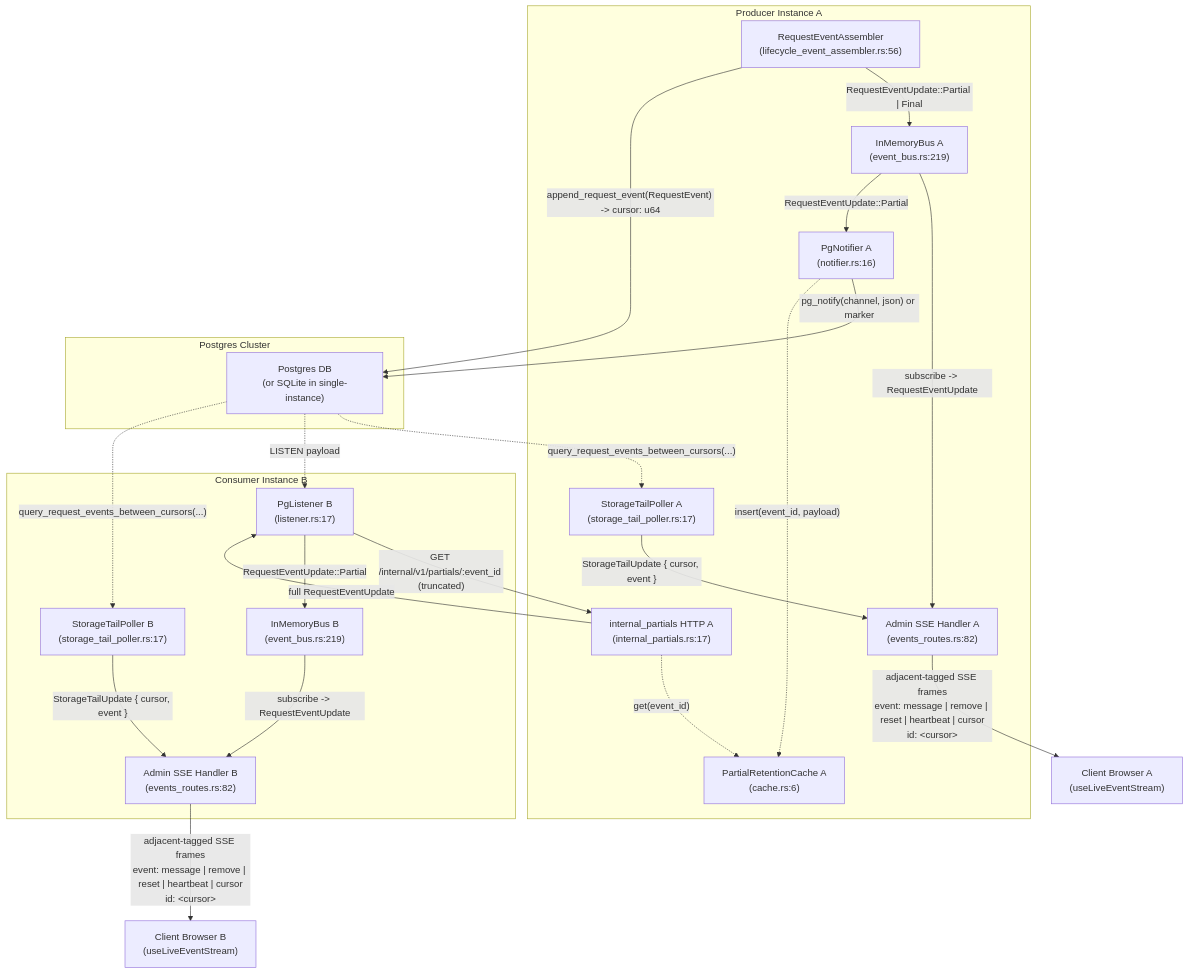
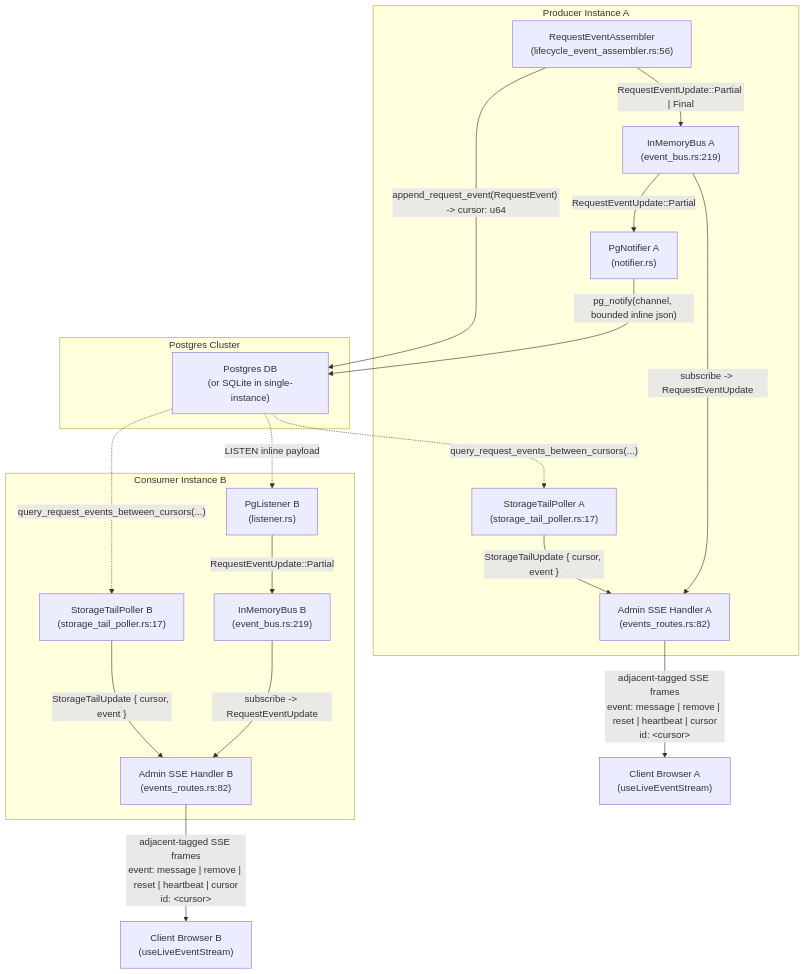
Before and after one commit to isac322/cc-lb: the first of 2 diagrams in docs/architecture-live-tail.md, drawn with Mermaid. The commit also changed other lines of this file and 300 other files, not shown here.

````diff
--- a/docs/architecture-live-tail.md
+++ b/docs/architecture-live-tail.md
@@ -9,52 +9,46 @@
 ```mermaid
 graph TB
     subgraph ProducerInstanceA["Producer Instance A"]
         AssemblerA["RequestEventAssembler<br/>(lifecycle_event_assembler.rs:56)"]
         BusA["InMemoryBus A<br/>(event_bus.rs:219)"]
         SSEHandlerA["Admin SSE Handler A<br/>(events_routes.rs:82)"]
         PollerA["StorageTailPoller A<br/>(storage_tail_poller.rs:17)"]
-        NotifierA["PgNotifier A<br/>(notifier.rs:16)"]
-        CacheA["PartialRetentionCache A<br/>(cache.rs:6)"]
-        InternalAPI_A["internal_partials HTTP A<br/>(internal_partials.rs:17)"]
+        NotifierA["PgNotifier A<br/>(notifier.rs)"]
     end
 
     subgraph DB["Postgres Cluster"]
         Postgres["Postgres DB<br/>(or SQLite in single-instance)"]
     end
 
     subgraph ConsumerInstanceB["Consumer Instance B"]
         BusB["InMemoryBus B<br/>(event_bus.rs:219)"]
         SSEHandlerB["Admin SSE Handler B<br/>(events_routes.rs:82)"]
         PollerB["StorageTailPoller B<br/>(storage_tail_poller.rs:17)"]
-        ListenerB["PgListener B<br/>(listener.rs:17)"]
+        ListenerB["PgListener B<br/>(listener.rs)"]
     end
 
     ClientA["Client Browser A<br/>(useLiveEventStream)"]
     ClientB["Client Browser B<br/>(useLiveEventStream)"]
 
     %% Producer Instance A Flows
     AssemblerA -->|"RequestEventUpdate::Partial | Final"| BusA
     AssemblerA -->|"append_request_event(RequestEvent) -> cursor: u64"| Postgres
     BusA -->|"subscribe -> RequestEventUpdate"| SSEHandlerA
     Postgres -.->|"query_request_events_between_cursors(...)"| PollerA
     PollerA -->|"StorageTailUpdate { cursor, event }"| SSEHandlerA
     BusA -->|"RequestEventUpdate::Partial"| NotifierA
-    NotifierA -->|"pg_notify(channel, json) or marker"| Postgres
-    NotifierA -.->|"insert(event_id, payload)"| CacheA
+    NotifierA -->|"pg_notify(channel, bounded inline json)"| Postgres
 
     %% Cross-Instance Flows
-    Postgres -.->|"LISTEN payload"| ListenerB
-    ListenerB -->|"GET /internal/v1/partials/:event_id (truncated)"| InternalAPI_A
-    InternalAPI_A -.->|"get(event_id)"| CacheA
-    InternalAPI_A -->|"full RequestEventUpdate"| ListenerB
+    Postgres -.->|"LISTEN inline payload"| ListenerB
     ListenerB -->|"RequestEventUpdate::Partial"| BusB
 
     %% Consumer Instance B Flows
     BusB -->|"subscribe -> RequestEventUpdate"| SSEHandlerB
     Postgres -.->|"query_request_events_between_cursors(...)"| PollerB
     PollerB -->|"StorageTailUpdate { cursor, event }"| SSEHandlerB
 
     %% Client Delivery
     SSEHandlerA -->|"adjacent-tagged SSE frames<br/>event: message | remove | reset | heartbeat | cursor<br/>id: &lt;cursor&gt;"| ClientA
     SSEHandlerB -->|"adjacent-tagged SSE frames<br/>event: message | remove | reset | heartbeat | cursor<br/>id: &lt;cursor&gt;"| ClientB
 ```
````
